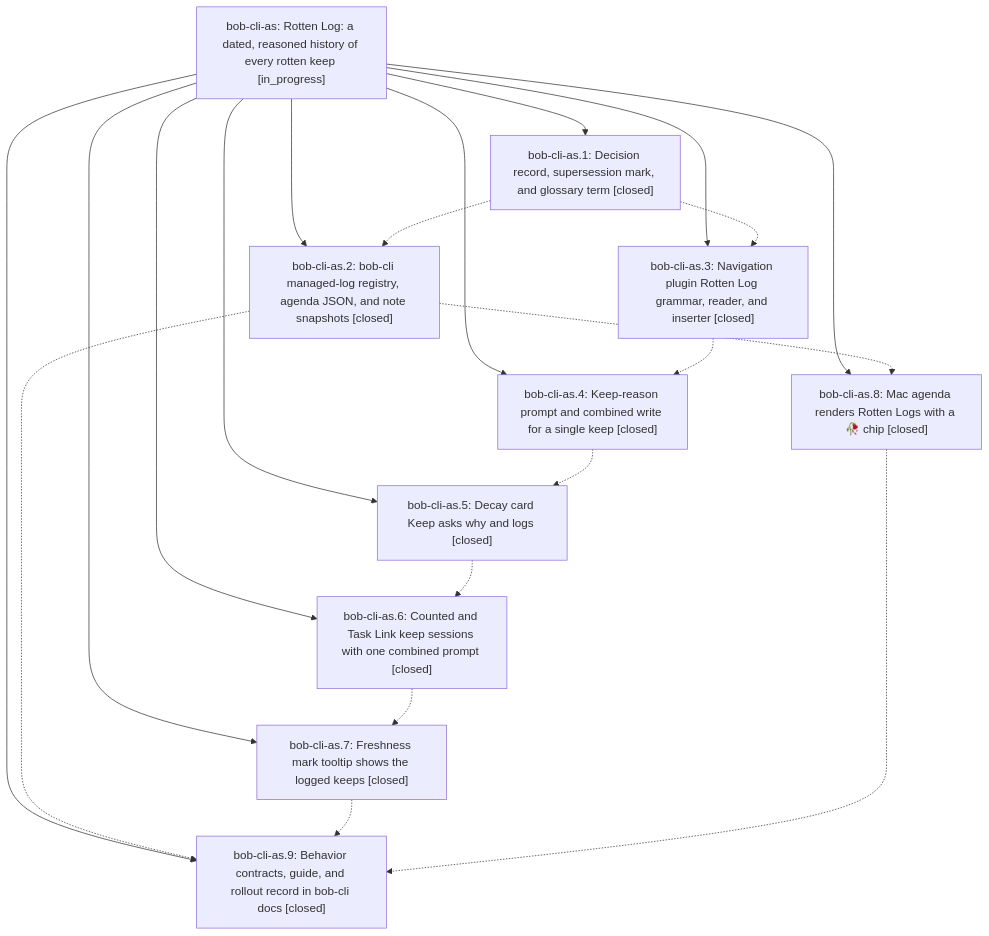
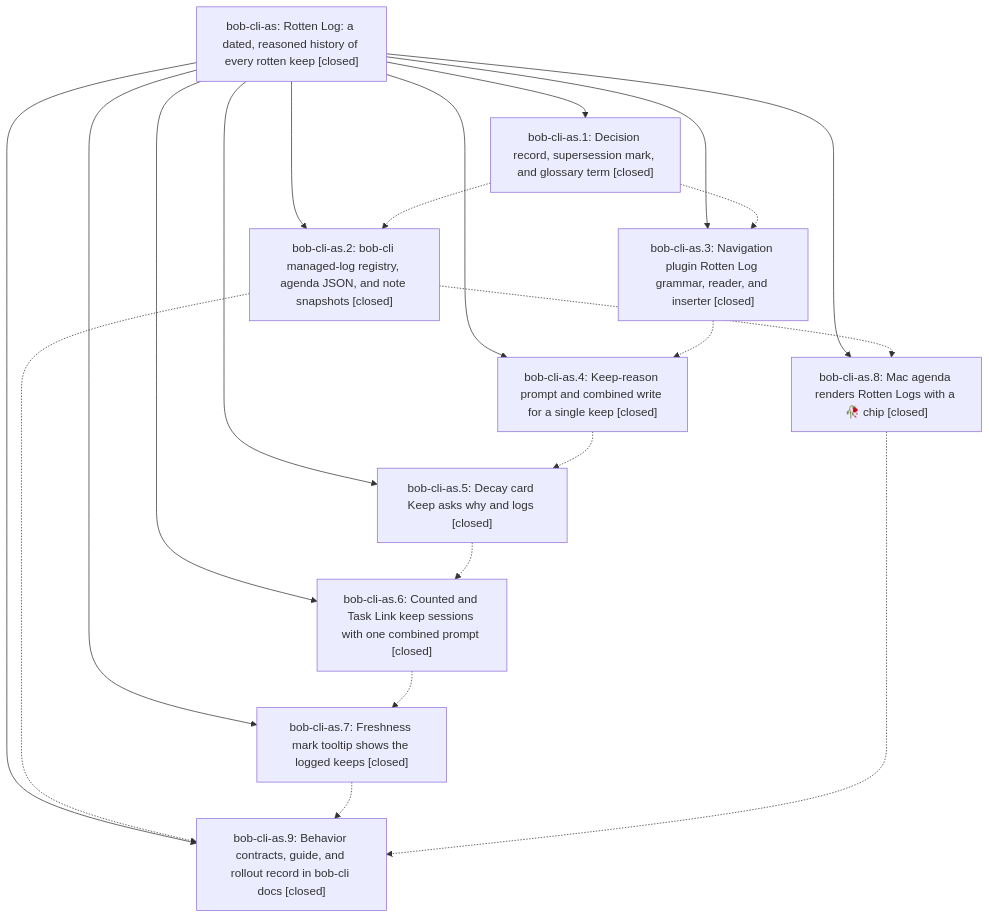
Before and after one commit to bobs-org/bob-cli--beads: the diagram in pages/bob-cli-as/README.md, drawn with Mermaid. The commit also changed other lines of this file and 1 other file, not shown here.

First line of the commit message:
chore(beads): sync bead state and pages for bob-cli-as

````diff
--- a/pages/bob-cli-as/README.md
+++ b/pages/bob-cli-as/README.md
@@ -44,32 +52,32 @@
 ```mermaid
 flowchart TD
-    n0["bob-cli-as: Rotten Log: a dated, reasoned history of every rotten keep [in_progress]"]
+    n0["bob-cli-as: Rotten Log: a dated, reasoned history of every rotten keep [closed]"]
     n1["bob-cli-as.1: Decision record, supersession mark, and glossary term [closed]"]
     n2["bob-cli-as.2: bob-cli managed-log registry, agenda JSON, and note snapshots [closed]"]
     n3["bob-cli-as.3: Navigation plugin Rotten Log grammar, reader, and inserter [closed]"]
     n4["bob-cli-as.4: Keep-reason prompt and combined write for a single keep [closed]"]
     n5["bob-cli-as.5: Decay card Keep asks why and logs [closed]"]
     n6["bob-cli-as.6: Counted and Task Link keep sessions with one combined prompt [closed]"]
     n7["bob-cli-as.7: Freshness mark tooltip shows the logged keeps [closed]"]
     n8["bob-cli-as.8: Mac agenda renders Rotten Logs with a 🥀 chip [closed]"]
     n9["bob-cli-as.9: Behavior contracts, guide, and rollout record in bob-cli docs [closed]"]
     n0 --> n1
     n0 --> n2
     n0 --> n3
     n0 --> n4
     n0 --> n5
     n0 --> n6
     n0 --> n7
     n0 --> n8
     n0 --> n9
     n1 -.-> n2
     n1 -.-> n3
     n2 -.-> n8
     n2 -.-> n9
     n3 -.-> n4
     n4 -.-> n5
     n5 -.-> n6
     n6 -.-> n7
     n7 -.-> n9
     n8 -.-> n9
 ```
````
